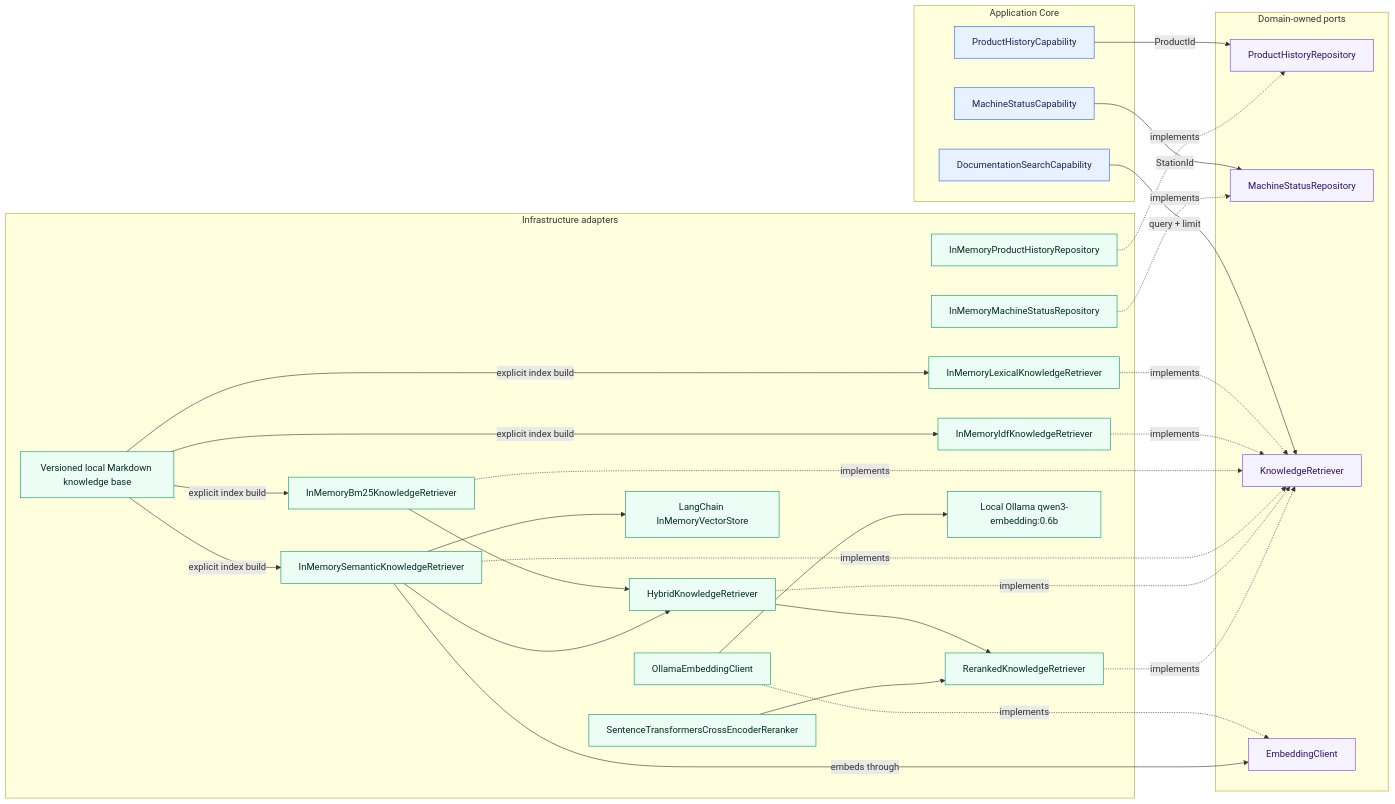
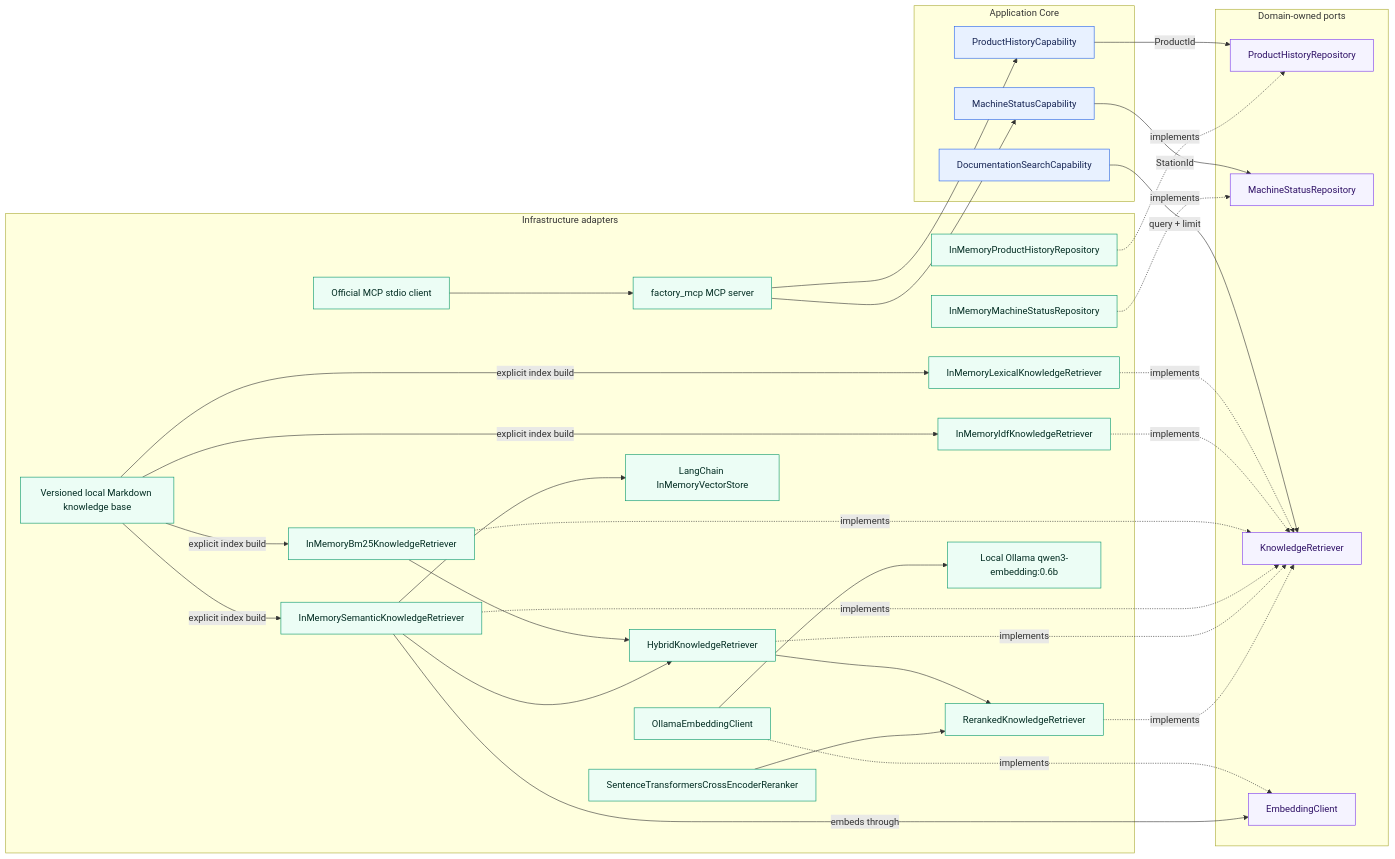
The first of 11 diagrams in docs/architecture/overview.md (aboerzel/industrial-ai-agent), drawn with Mermaid before and after one commit. The commit also changed other lines of this file and 13 other files, not shown here.

Commit message:
feat: add MCP v2 factory server and tool discovery

````diff
--- a/docs/architecture/overview.md
+++ b/docs/architecture/overview.md
@@ -23,62 +26,67 @@
 ```mermaid
 flowchart LR
     subgraph Core["Application Core"]
         PHC["ProductHistoryCapability"]
         MSC["MachineStatusCapability"]
         DSC["DocumentationSearchCapability"]
     end
 
     subgraph Ports["Domain-owned ports"]
         PHR["ProductHistoryRepository"]
         MSR["MachineStatusRepository"]
         KR["KnowledgeRetriever"]
         EP["EmbeddingClient"]
     end
 
     subgraph Infrastructure["Infrastructure adapters"]
         PHM["InMemoryProductHistoryRepository"]
         MSM["InMemoryMachineStatusRepository"]
         LKR["InMemoryLexicalKnowledgeRetriever"]
         IDF["InMemoryIdfKnowledgeRetriever"]
         BM25["InMemoryBm25KnowledgeRetriever"]
         SEM["InMemorySemanticKnowledgeRetriever"]
         HYB["HybridKnowledgeRetriever"]
         RER["RerankedKnowledgeRetriever"]
         CEP["SentenceTransformersCrossEncoderReranker"]
         OEC["OllamaEmbeddingClient"]
         VEC["LangChain InMemoryVectorStore"]
         KB["Versioned local Markdown knowledge base"]
         OLLAMA["Local Ollama qwen3-embedding:0.6b"]
+        FMCP["factory_mcp MCP server"]
+        MCPCLIENT["Official MCP stdio client"]
     end
 
     PHC -->|"ProductId"| PHR
     MSC -->|"StationId"| MSR
     DSC -->|"query + limit"| KR
     PHM -.->|"implements"| PHR
     MSM -.->|"implements"| MSR
     LKR -.->|"implements"| KR
     IDF -.->|"implements"| KR
     BM25 -.->|"implements"| KR
     SEM -.->|"implements"| KR
     HYB -.->|"implements"| KR
     RER -.->|"implements"| KR
     OEC -.->|"implements"| EP
     KB -->|"explicit index build"| LKR
     KB -->|"explicit index build"| IDF
     KB -->|"explicit index build"| BM25
     KB -->|"explicit index build"| SEM
     BM25 --> HYB
     SEM --> HYB
     HYB --> RER
     CEP --> RER
     SEM -->|"embeds through"| EP
     SEM --> VEC
     OEC --> OLLAMA
+    FMCP --> PHC
+    FMCP --> MSC
+    MCPCLIENT --> FMCP
 
     classDef core fill:#e8f1ff,stroke:#2563eb,color:#172554
     classDef port fill:#f5f3ff,stroke:#7c3aed,color:#2e1065
     classDef adapter fill:#ecfdf5,stroke:#059669,color:#022c22
     class PHC,MSC,DSC core
     class PHR,MSR,KR,EP port
-    class PHM,MSM,LKR,IDF,BM25,SEM,HYB,RER,CEP,OEC,VEC,KB,OLLAMA adapter
+    class PHM,MSM,LKR,IDF,BM25,SEM,HYB,RER,CEP,OEC,VEC,KB,OLLAMA,FMCP,MCPCLIENT adapter
 ```
````
